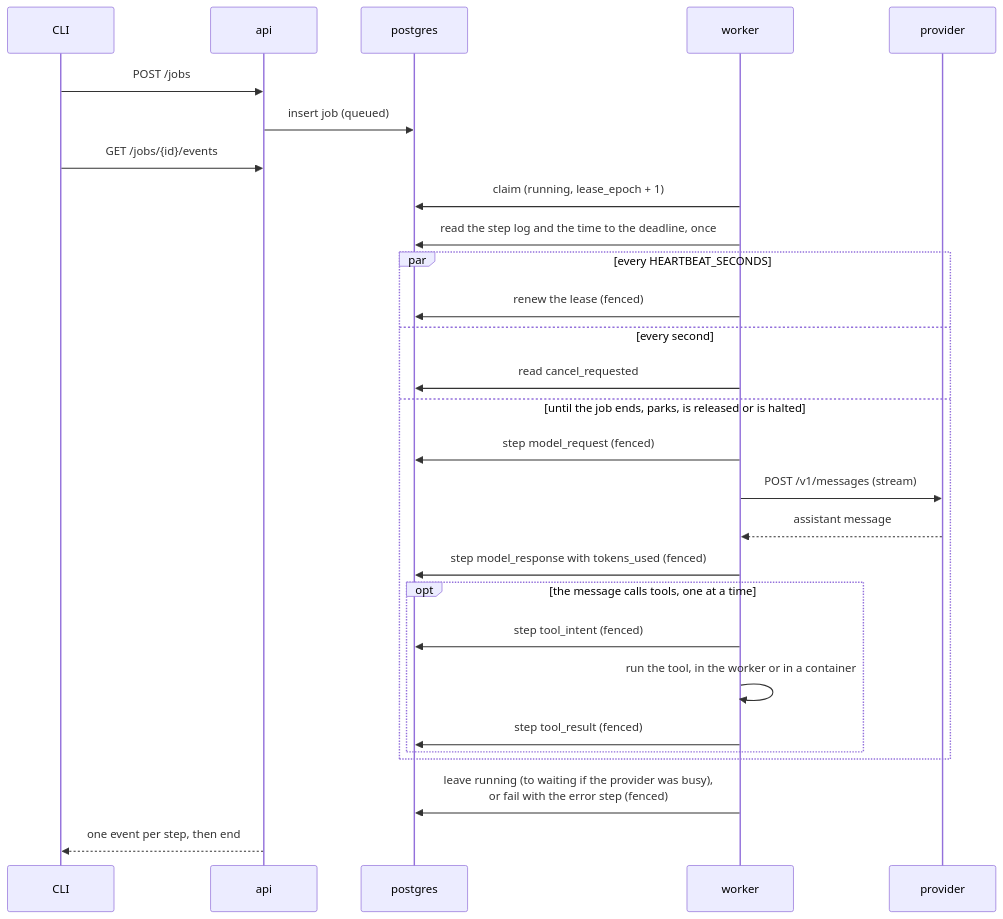
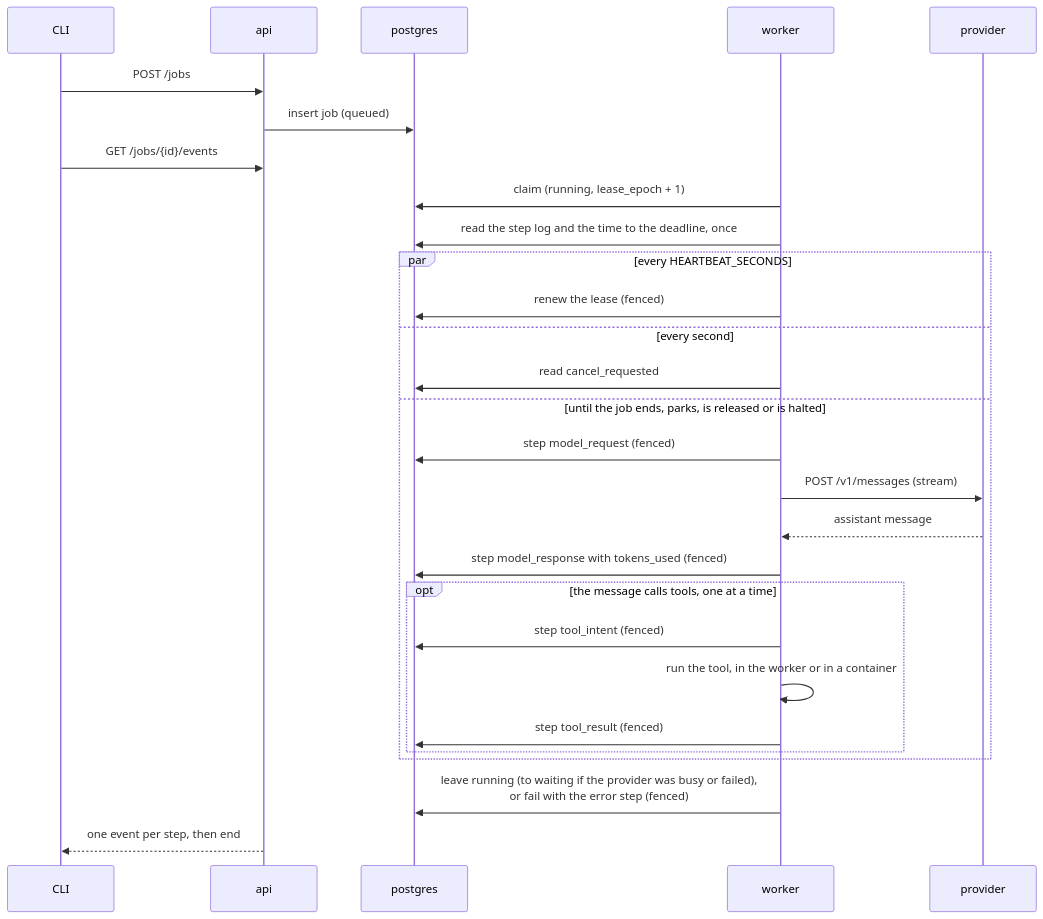
Before and after one commit to sindredg/agent-runtime: the diagram in docs/architecture.md, drawn with Mermaid. The commit also changed other lines of this file and 29 other files, not shown here.

Commit message:
fix: wait out a provider error that may pass, up to a cap (#224)

````diff
--- a/docs/architecture.md
+++ b/docs/architecture.md
@@ -29,30 +29,30 @@
 ```mermaid
 sequenceDiagram
     participant C as CLI
     participant A as api
     participant D as postgres
     participant W as worker
     participant P as provider
     C->>A: POST /jobs
     A->>D: insert job (queued)
     C->>A: GET /jobs/{id}/events
     W->>D: claim (running, lease_epoch + 1)
     W->>D: read the step log and the time to the deadline, once
     par every HEARTBEAT_SECONDS
         W->>D: renew the lease (fenced)
     and every second
         W->>D: read cancel_requested
     and until the job ends, parks, is released or is halted
         W->>D: step model_request (fenced)
         W->>P: POST /v1/messages (stream)
         P-->>W: assistant message
         W->>D: step model_response with tokens_used (fenced)
         opt the message calls tools, one at a time
             W->>D: step tool_intent (fenced)
             W->>W: run the tool, in the worker or in a container
             W->>D: step tool_result (fenced)
         end
     end
-    W->>D: leave running (to waiting if the provider was busy),<br/>or fail with the error step (fenced)
+    W->>D: leave running (to waiting if the provider was busy or failed),<br/>or fail with the error step (fenced)
     A-->>C: one event per step, then end
 ```
````
